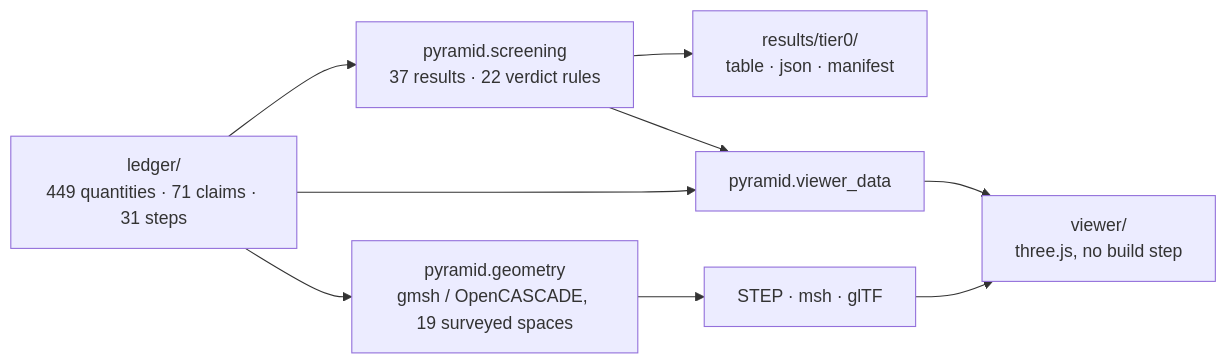
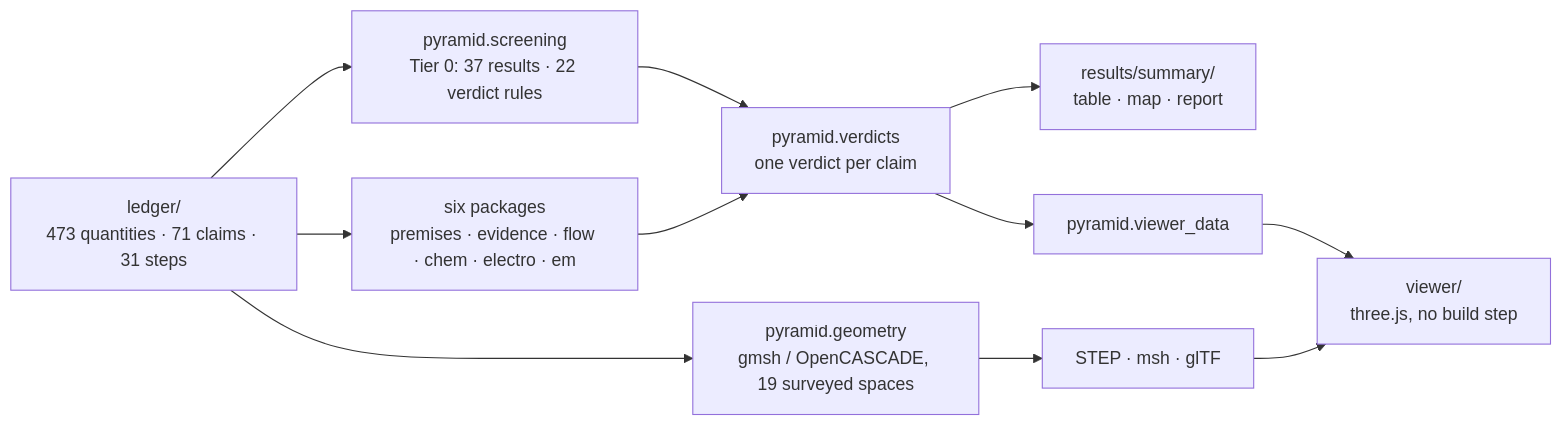
Before and after one commit to hadijannat/pyramid-acid-plant-test: the diagram in README.md, drawn with Mermaid. The commit also changed other lines of this file, not shown here.

Commit message:
README: all 71 verdicts by stage of the claimed cycle, with figures, the packages and how to regenerate them

````diff
--- a/README.md
+++ b/README.md
@@ -55,11 +132,13 @@
 ```mermaid
 flowchart LR
-  L["ledger/<br/>449 quantities · 71 claims · 31 steps"] --> S["pyramid.screening<br/>37 results · 22 verdict rules"]
+  L["ledger/<br/>473 quantities · 71 claims · 31 steps"] --> S["pyramid.screening<br/>Tier 0: 37 results · 22 verdict rules"]
+  L --> P["six packages<br/>premises · evidence · flow · chem · electro · em"]
   L --> G["pyramid.geometry<br/>gmsh / OpenCASCADE, 19 surveyed spaces"]
-  S --> T["results/tier0/<br/>table · json · manifest"]
+  S --> M["pyramid.verdicts<br/>one verdict per claim"]
+  P --> M
+  M --> R["results/summary/<br/>table · map · report"]
   G --> X["STEP · msh · glTF"]
-  L --> V["pyramid.viewer_data"]
-  S --> V
+  M --> V["pyramid.viewer_data"]
   X --> W["viewer/<br/>three.js, no build step"]
   V --> W
 ```
````
